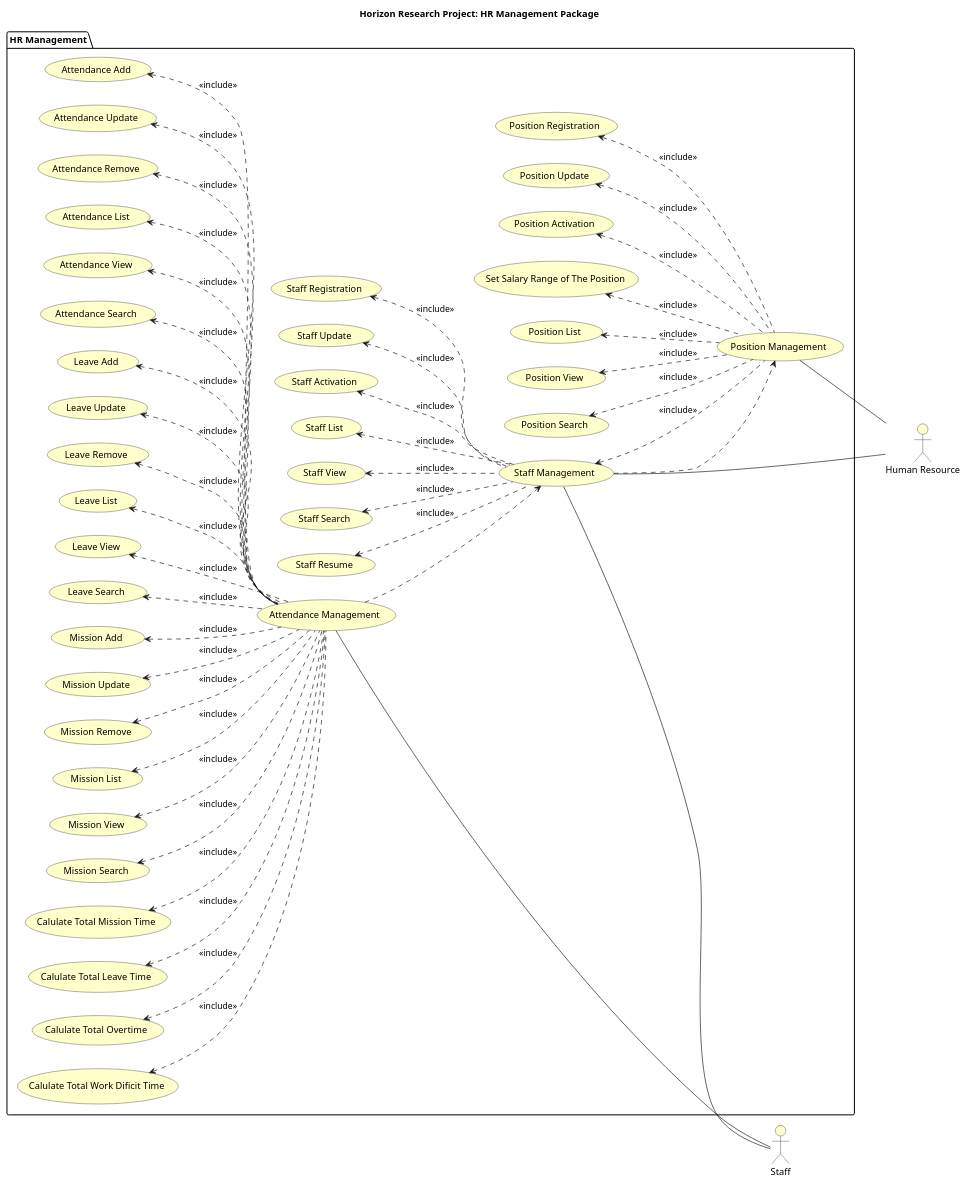
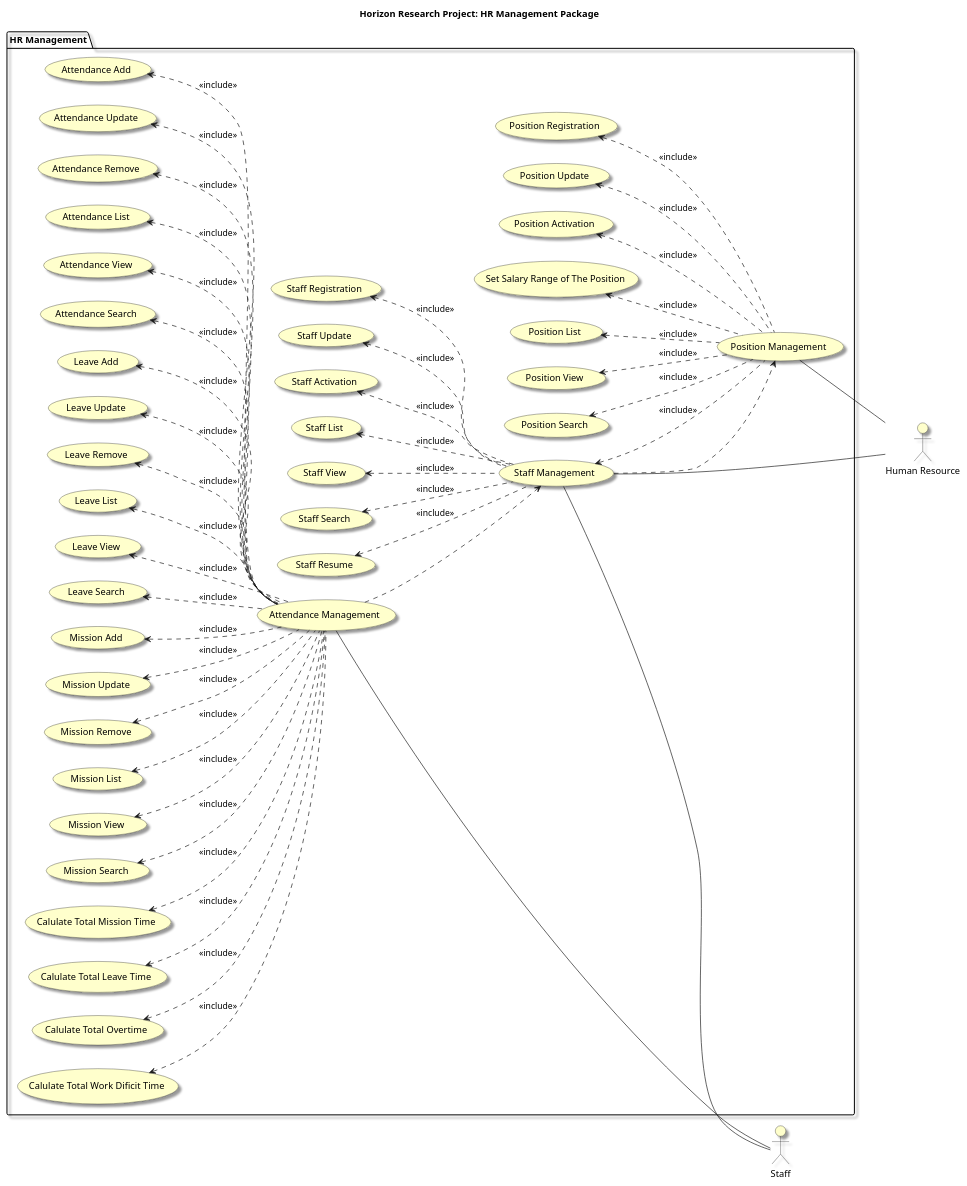
One commit to mahyaresteki/Horizon changed the diagram in HorizonUml/UseCase/Use Case/Packages/HRManagementUseCaseDiagram.puml. Above: the diagram before and after it, drawn with PlantUML. The commit also changed 23 other files, not shown here.

Commit message:
Update UML

```diff
--- a/HorizonUml/UseCase/Use Case/Packages/HRManagementUseCaseDiagram.puml
+++ b/HorizonUml/UseCase/Use Case/Packages/HRManagementUseCaseDiagram.puml
@@ -1,101 +1,102 @@
 @startuml
 left to right direction
 
 skinparam useCaseBackgroundColor #Business
 skinparam actorBackgroundColor #Business
+skinparam Shadowing True
 
 title Horizon Research Project: HR Management Package
 
 :Human Resource: as HR
 :Staff: as Staff
 
 package "HR Management"{
     usecase "Position Management" as positionManagement
     usecase "Position Registration" as positionRegistration
     usecase "Position Update" as positionUpdate
     usecase "Position Activation" as positionActivation
     usecase "Set Salary Range of The Position" as setPositionSalaryrange
     usecase "Position List" as positionList
     usecase "Position View" as positionView
     usecase "Position Search" as positionSearch
     usecase "Staff Management" as staffManagement
     usecase "Staff Registration" as staffRegistration
     usecase "Staff Update" as staffUpdate
     usecase "Staff Activation" as staffActivation
     usecase "Staff List" as staffList
     usecase "Staff View" as staffView
     usecase "Staff Search" as staffSearch
     usecase "Staff Resume" as staffResume
     usecase "Attendance Management" as attendanceManagement
     usecase "Attendance Add" as attendanceAdd
     usecase "Attendance Update" as AttendanceUpdate
     usecase "Attendance Remove" as AttendanceRemove
     usecase "Attendance List" as attendanceList
     usecase "Attendance View" as attendanceView
     usecase "Attendance Search" as attendanceSearch
     usecase "Leave Add" as leaveAdd
     usecase "Leave Update" as leaveUpdate
     usecase "Leave Remove" as leaveRemove
     usecase "Leave List" as leaveList
     usecase "Leave View" as leaveView
     usecase "Leave Search" as leaveSearch
     usecase "Mission Add" as missionAdd
     usecase "Mission Update" as missionUpdate
     usecase "Mission Remove" as missionRemove
     usecase "Mission List" as missionList
     usecase "Mission View" as missionView
     usecase "Mission Search" as missionSearch
     usecase "Calulate Total Mission Time" as totalMissionTime
     usecase "Calulate Total Leave Time" as totalLeaveTime
     usecase "Calulate Total Overtime" as totalOvertime
     usecase "Calulate Total Work Dificit Time" as totalWorkDificitTime
     
 }
 
 staffManagement -- HR
 positionManagement -- HR
 staffManagement -- Staff
 attendanceManagement -- Staff
 
 staffManagement ..> positionManagement
 attendanceManagement ..> staffManagement
 
 staffRegistration <.. staffManagement : <<include>>
 staffUpdate <.. staffManagement : <<include>>
 staffActivation <.. staffManagement : <<include>>
 staffList <.. staffManagement : <<include>>
 staffView <.. staffManagement : <<include>>
 staffSearch <.. staffManagement : <<include>>
 staffResume <.. staffManagement : <<include>>
 positionRegistration <.. positionManagement : <<include>>
 positionUpdate <.. positionManagement : <<include>>
 positionActivation <.. positionManagement : <<include>>
 positionList <.. positionManagement : <<include>>
 positionView <.. positionManagement : <<include>>
 positionSearch <.. positionManagement : <<include>>
 setPositionSalaryrange <.. positionManagement : <<include>>
 staffManagement <.. positionManagement : <<include>>
 
 attendanceAdd <.. attendanceManagement : <<include>>
 AttendanceUpdate <.. attendanceManagement : <<include>>
 AttendanceRemove <.. attendanceManagement : <<include>>
 attendanceList <.. attendanceManagement : <<include>>
 attendanceView <.. attendanceManagement : <<include>>
 attendanceSearch <.. attendanceManagement : <<include>>
 leaveAdd <.. attendanceManagement : <<include>>
 leaveUpdate <.. attendanceManagement : <<include>>
 leaveRemove <.. attendanceManagement : <<include>>
 leaveList <.. attendanceManagement : <<include>>
 leaveView <.. attendanceManagement : <<include>>
 leaveSearch <.. attendanceManagement : <<include>>
 missionAdd <.. attendanceManagement : <<include>>
 missionUpdate <.. attendanceManagement : <<include>>
 missionRemove <.. attendanceManagement : <<include>>
 missionList <.. attendanceManagement : <<include>>
 missionView <.. attendanceManagement : <<include>>
 missionSearch <.. attendanceManagement : <<include>>
 totalMissionTime <.. attendanceManagement : <<include>>
 totalLeaveTime <.. attendanceManagement : <<include>>
 totalOvertime <.. attendanceManagement : <<include>>
 totalWorkDificitTime <.. attendanceManagement : <<include>>
 @enduml
```
